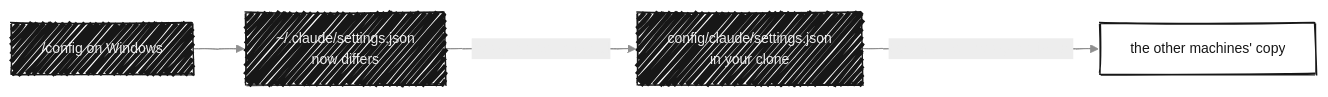
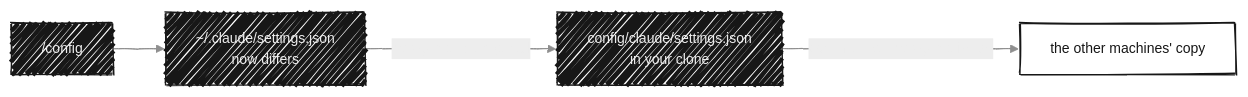
The diagram in docs/global-configuration.md (dotagents-org/dotagents-core), drawn with Mermaid before and after one commit. The commit also changed other lines of this file and 4 other files, not shown here.

Commit message:
✨ feat(settings)!: copy the settings on every system and keep the machine's model, effort and auto mode out of the repository

````diff
--- a/docs/global-configuration.md
+++ b/docs/global-configuration.md
@@ -21,8 +21,8 @@
 ```mermaid
 %%{init: {"look": "handDrawn", "handDrawnSeed": 3, "theme": "base", "themeVariables": {"fontFamily": "Geist Mono, ui-monospace, SFMono-Regular, Menlo, Consolas, monospace", "fontSize": "14px", "primaryColor": "#171717", "primaryTextColor": "#ededed", "primaryBorderColor": "#171717", "lineColor": "#8f8f8f", "textColor": "#171717", "edgeLabelBackground": "#ededed", "clusterBkg": "transparent", "clusterBorder": "#8f8f8f", "titleColor": "#808080"}}}%%
 flowchart LR
-    config["/config on Windows"] --> copy["~/.claude/settings.json<br/>now differs"]
+    config["/config"] --> copy["~/.claude/settings.json<br/>now differs"]
     copy -- "dotagents settings pull" --> repo["config/claude/settings.json<br/>in your clone"]
     repo -- "commit, then dotagents install" --> others["the other machines' copy"]:::result
     classDef result fill:#ffffff,stroke:#171717,stroke-width:1.5px,color:#171717
 ```
````
